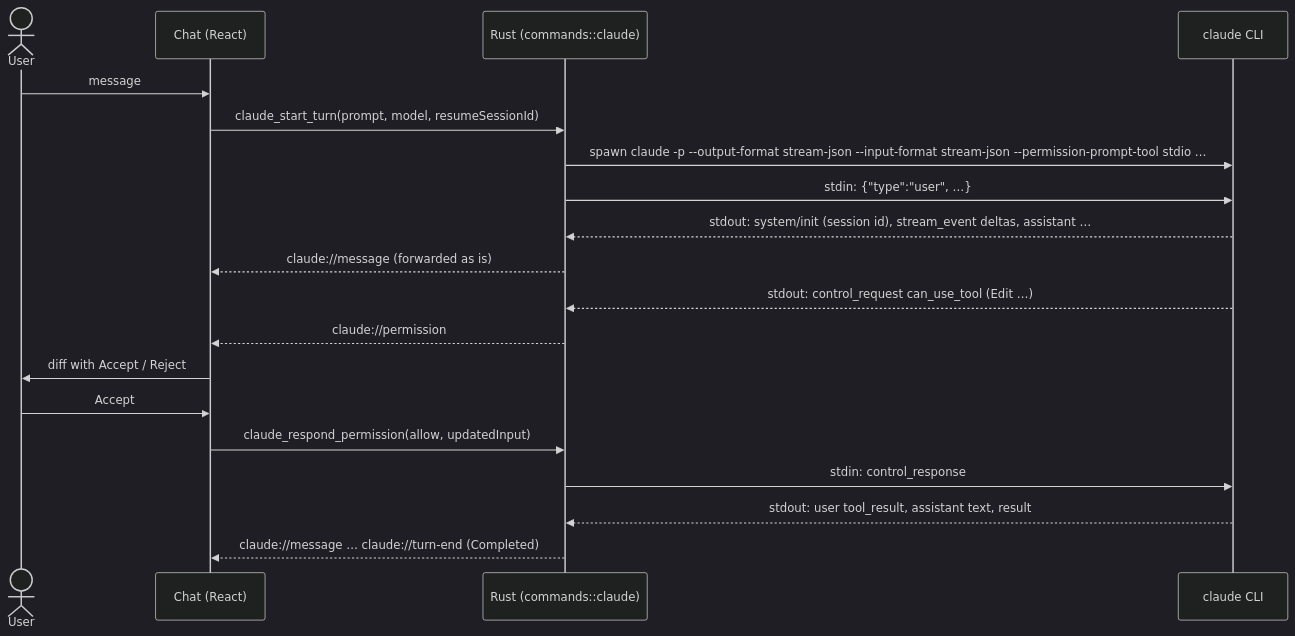
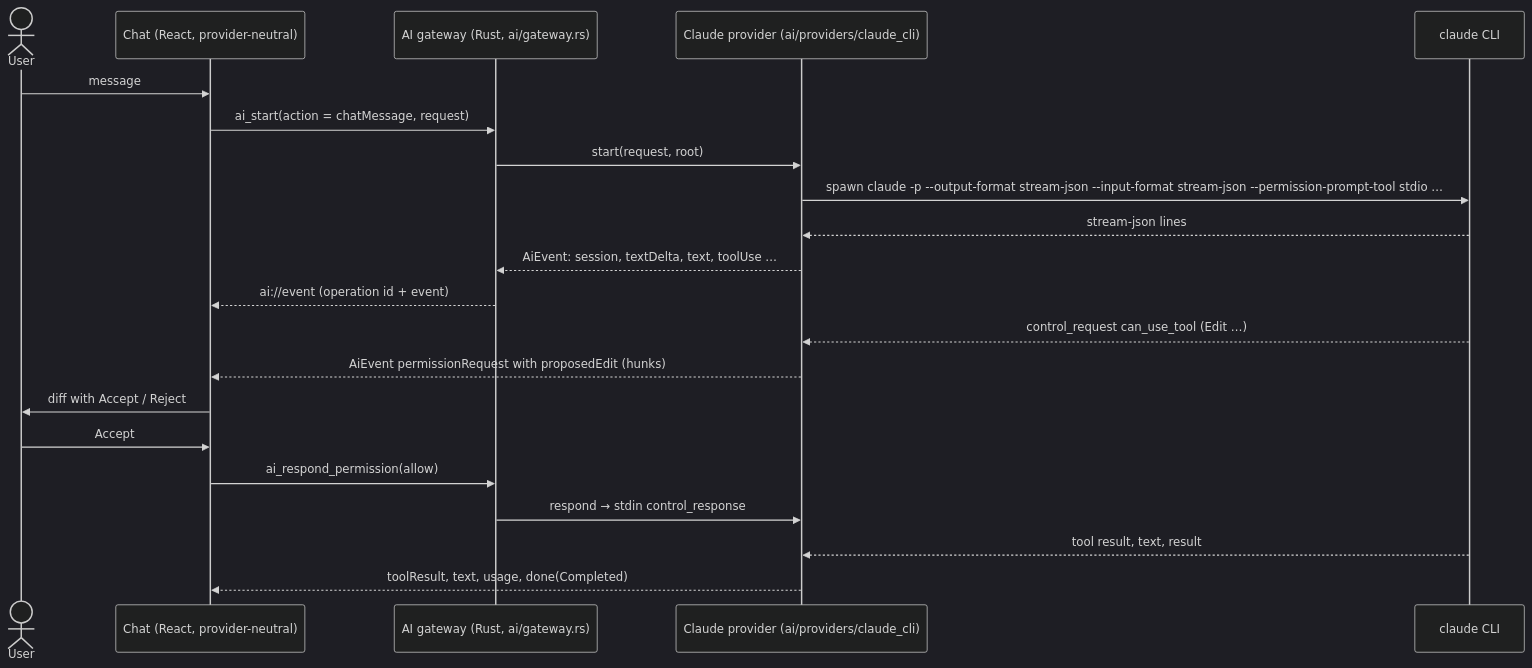
The diagram in docs/features/ai-chat.md (jean3978/IGrasp), drawn with Mermaid (dark theme) before and after one commit. The commit also changed other lines of this file and 8 other files, not shown here.

First line of the commit message:
docs: ADR 0015 for the AI provider abstraction and the no-token-without-a-user-action gateway

````diff
--- a/docs/features/ai-chat.md
+++ b/docs/features/ai-chat.md
@@ -31,21 +38,23 @@
 ```mermaid
 sequenceDiagram
   actor User
-  participant UI as Chat (React)
-  participant R as Rust (commands::claude)
+  participant UI as Chat (React, provider-neutral)
+  participant G as AI gateway (Rust, ai/gateway.rs)
+  participant P as Claude provider (ai/providers/claude_cli)
   participant C as claude CLI
   User->>UI: message
-  UI->>R: claude_start_turn(prompt, model, resumeSessionId)
-  R->>C: spawn claude -p --output-format stream-json --input-format stream-json --permission-prompt-tool stdio …
-  R->>C: stdin: {"type":"user", …}
-  C-->>R: stdout: system/init (session id), stream_event deltas, assistant …
-  R-->>UI: claude://message (forwarded as is)
-  C-->>R: stdout: control_request can_use_tool (Edit …)
-  R-->>UI: claude://permission
+  UI->>G: ai_start(action = chatMessage, request)
+  G->>P: start(request, root)
+  P->>C: spawn claude -p --output-format stream-json --input-format stream-json --permission-prompt-tool stdio …
+  C-->>P: stream-json lines
+  P-->>G: AiEvent: session, textDelta, text, toolUse …
+  G-->>UI: ai://event (operation id + event)
+  C-->>P: control_request can_use_tool (Edit …)
+  P-->>UI: AiEvent permissionRequest with proposedEdit (hunks)
   UI->>User: diff with Accept / Reject
   User->>UI: Accept
-  UI->>R: claude_respond_permission(allow, updatedInput)
-  R->>C: stdin: control_response
-  C-->>R: stdout: user tool_result, assistant text, result
-  R-->>UI: claude://message … claude://turn-end (Completed)
+  UI->>G: ai_respond_permission(allow)
+  G->>P: respond → stdin control_response
+  C-->>P: tool result, text, result
+  P-->>UI: toolResult, text, usage, done(Completed)
 ```
````
